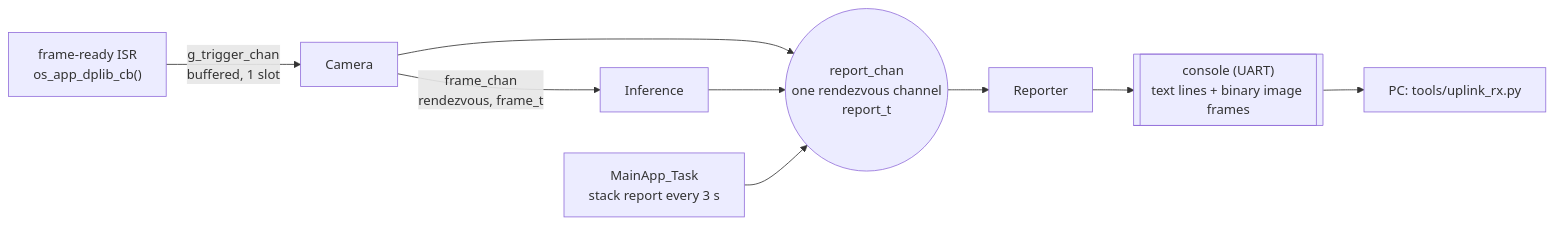
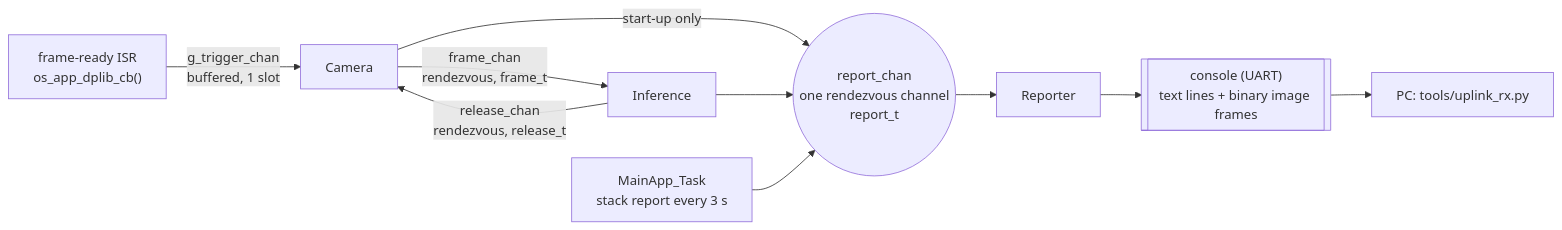
The diagram in EPII_CM55M_APP_S/app/scenario_app/csp4cmsis_neuropathway_image_uplink/README.md (OliverFaust/HimaxWE2-CSP4CMSIS), drawn with Mermaid before and after one commit. The commit also changed other lines of this file and 10 other files, not shown here.

````diff
--- a/EPII_CM55M_APP_S/app/scenario_app/csp4cmsis_neuropathway_image_uplink/README.md
+++ b/EPII_CM55M_APP_S/app/scenario_app/csp4cmsis_neuropathway_image_uplink/README.md
@@ -22,11 +22,12 @@
 ```mermaid
 flowchart LR
     ISR["frame-ready ISR<br/>os_app_dplib_cb()"] -->|"g_trigger_chan<br/>buffered, 1 slot"| Camera
     Camera -->|"frame_chan<br/>rendezvous, frame_t"| Inference
-    Camera --> report_chan
+    Inference -->|"release_chan<br/>rendezvous, release_t"| Camera
+    Camera -->|"start-up only"| report_chan
     Inference --> report_chan
     MainApp["MainApp_Task<br/>stack report every 3 s"] --> report_chan
     report_chan(("report_chan<br/>one rendezvous channel<br/>report_t")) --> Reporter
     Reporter --> Console[["console (UART)<br/>text lines + binary image frames"]]
     Console --> PC["PC: tools/uplink_rx.py"]
 ```
````
